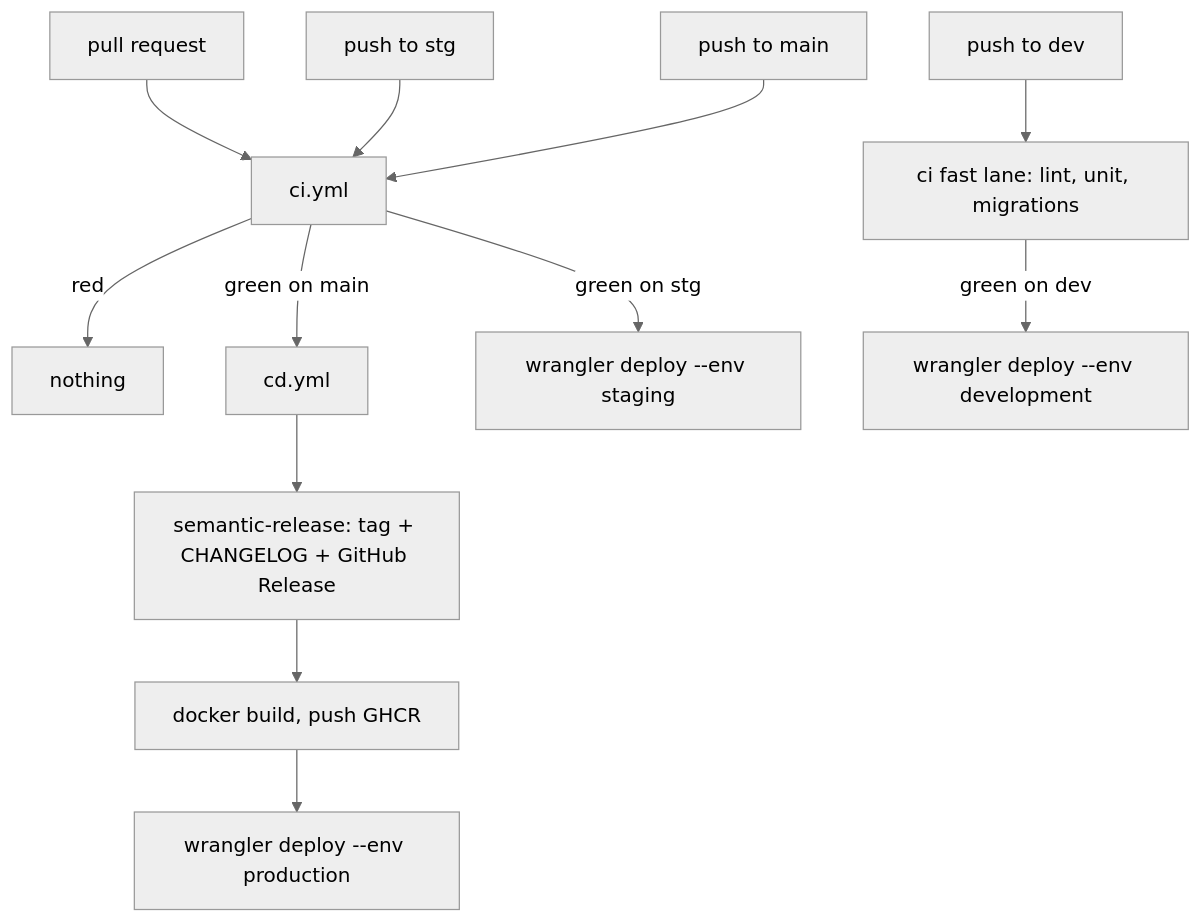
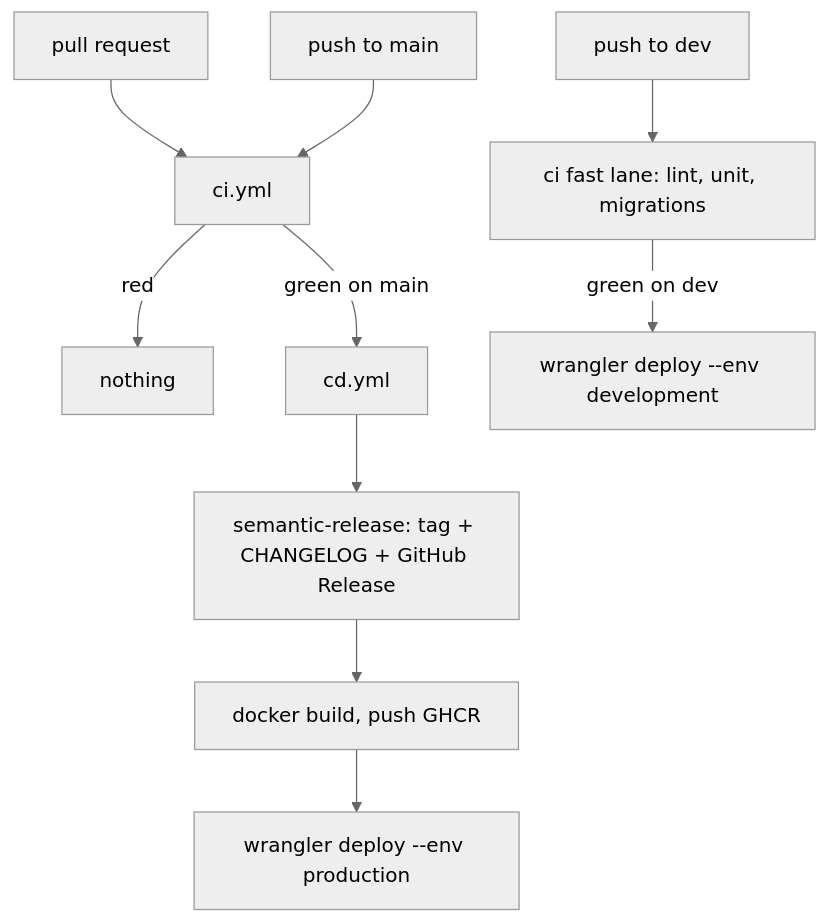
Before and after one commit to kwami-labs/kwami-lk-api: the diagram in docs/deployment.md, drawn with Mermaid (neutral theme). The commit also changed other lines of this file and 15 other files, not shown here.

````diff
--- a/docs/deployment.md
+++ b/docs/deployment.md
@@ -8,16 +8,14 @@
 ```mermaid
 flowchart TD
   PR["pull request"] --> CI["ci.yml"]
   DEV["push to dev"] --> FAST["ci fast lane: lint, unit, migrations"]
-  STG["push to stg"] --> CI
   MAIN["push to main"] --> CI
 
   CI -->|red| STOP[nothing]
   CI -->|green on main| CD["cd.yml"]
-  CI -->|green on stg| STGDEP["wrangler deploy --env staging"]
   FAST -->|green on dev| DEVDEP["wrangler deploy --env development"]
 
   CD --> REL["semantic-release: tag + CHANGELOG + GitHub Release"]
   REL --> PUB["docker build, push GHCR"]
   PUB --> CF["wrangler deploy --env production"]
 ```
````
